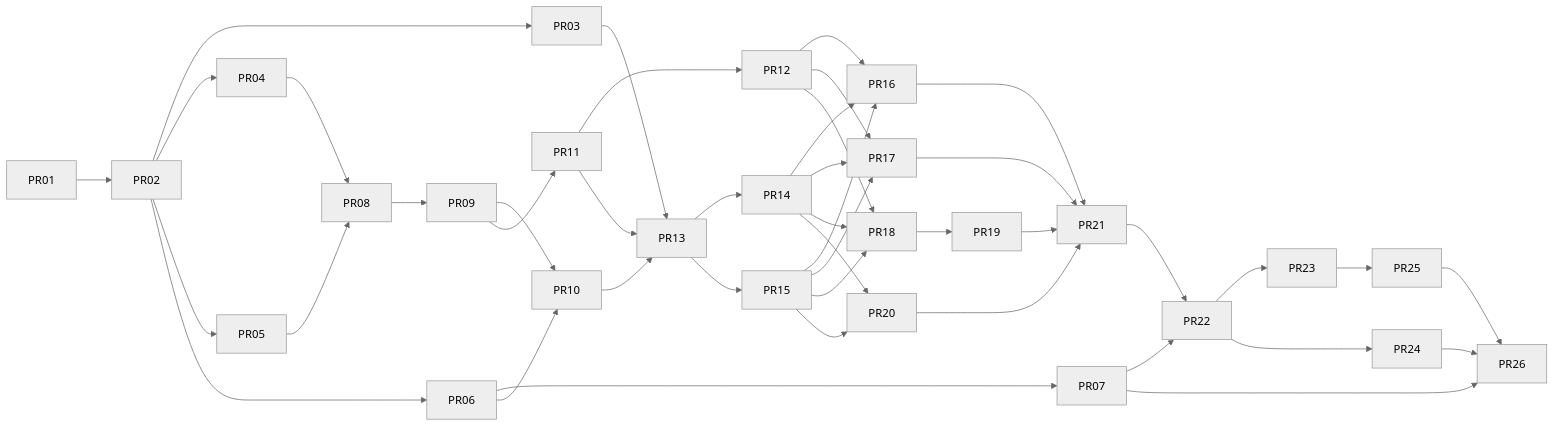
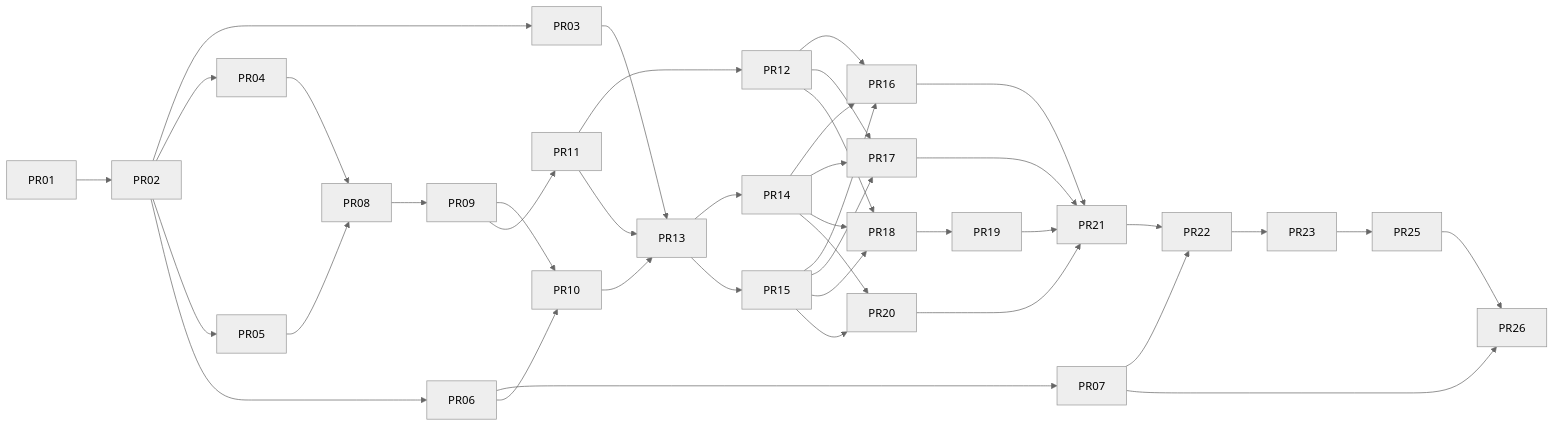
One commit to nicolaiprodromov/openact changed the eighth of 8 diagrams in docs/DESIGN.md. Above: the diagram before and after it, drawn with Mermaid (neutral theme). The commit also changed other lines of this file and 23 other files, not shown here.

````diff
--- a/docs/DESIGN.md
+++ b/docs/DESIGN.md
@@ -4536,33 +4244,32 @@
 ```mermaid
 flowchart LR
   PR01 --> PR02
   PR02 --> PR03 & PR04 & PR05 & PR06
   PR06 --> PR07
   PR04 --> PR08
   PR05 --> PR08
   PR08 --> PR09
   PR06 --> PR10
   PR09 --> PR10
   PR09 --> PR11
   PR11 --> PR12
   PR03 --> PR13
   PR10 --> PR13
   PR11 --> PR13
   PR13 --> PR14
   PR13 --> PR15
   PR12 --> PR16 & PR17 & PR18
   PR14 --> PR16 & PR17 & PR18 & PR20
   PR15 --> PR16 & PR17 & PR18 & PR20
   PR18 --> PR19
   PR16 --> PR21
   PR17 --> PR21
   PR19 --> PR21
   PR20 --> PR21
   PR21 --> PR22
-  PR22 --> PR23 & PR24
+  PR22 --> PR23
   PR23 --> PR25
   PR07 --> PR22
   PR07 --> PR26
-  PR24 --> PR26
   PR25 --> PR26
 ```
````
